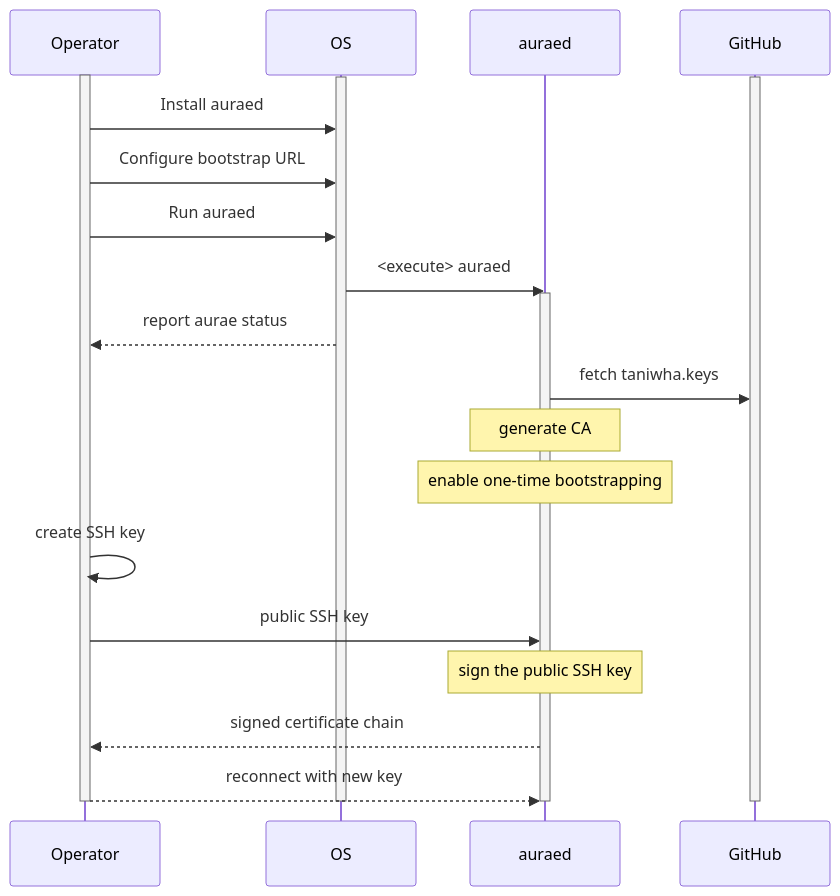
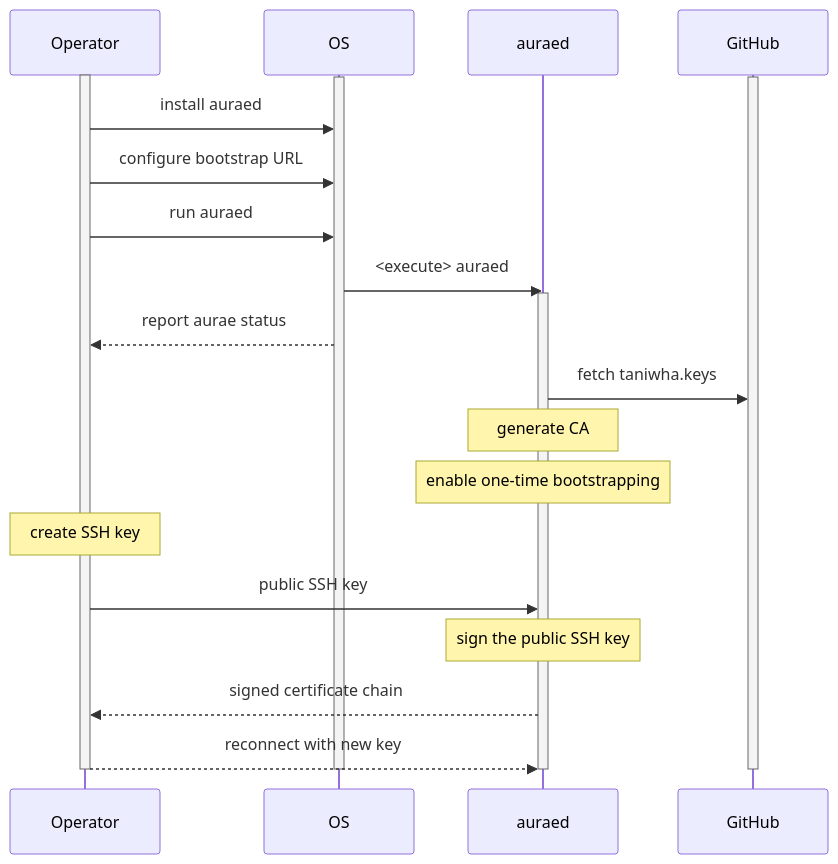
Before and after one commit to aurae-runtime/architecture: the first of 2 diagrams in accepted/002.md, drawn with Mermaid. The commit also changed other lines of this file, not shown here.

Commit message:
minor updates to prop 002 sequence diagrams

````diff
--- a/accepted/002.md
+++ b/accepted/002.md
@@ -47,24 +47,24 @@
 ```mermaid
 sequenceDiagram
 activate Operator
 activate OS
 activate GitHub
-Operator->>OS: Install auraed
-Operator->>OS: Configure bootstrap URL
-Operator->>OS: Run auraed
+Operator->>OS: install auraed
+Operator->>OS: configure bootstrap URL
+Operator->>OS: run auraed
 OS->>auraed: <execute> auraed
 activate auraed
 OS-->>Operator: report aurae status
 auraed->>GitHub: fetch taniwha.keys
 note over auraed: generate CA
 note over auraed: enable one-time bootstrapping
-Operator->>Operator: create SSH key
+note over Operator: create SSH key
 Operator->>auraed: public SSH key
 note over auraed: sign the public SSH key
 auraed-->>Operator: signed certificate chain
 Operator-->>auraed: reconnect with new key
 deactivate auraed
 deactivate GitHub
 deactivate Operator
 deactivate OS
 ```
````
